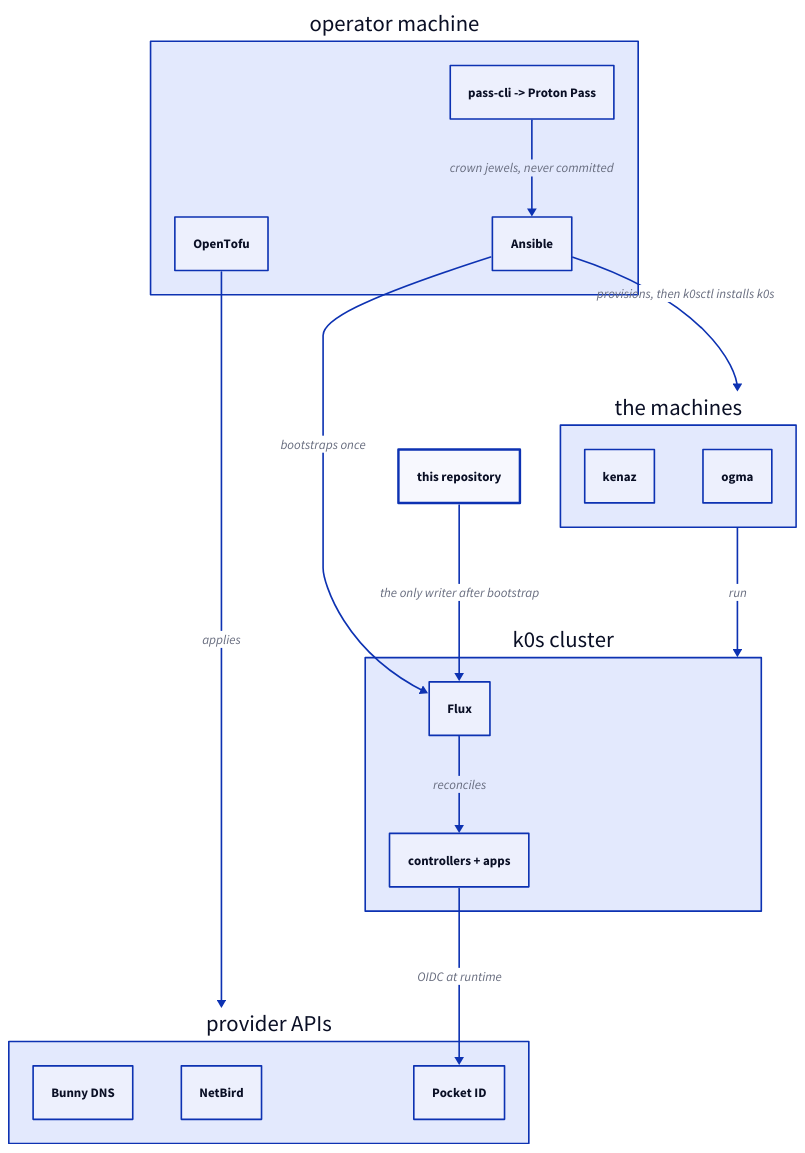
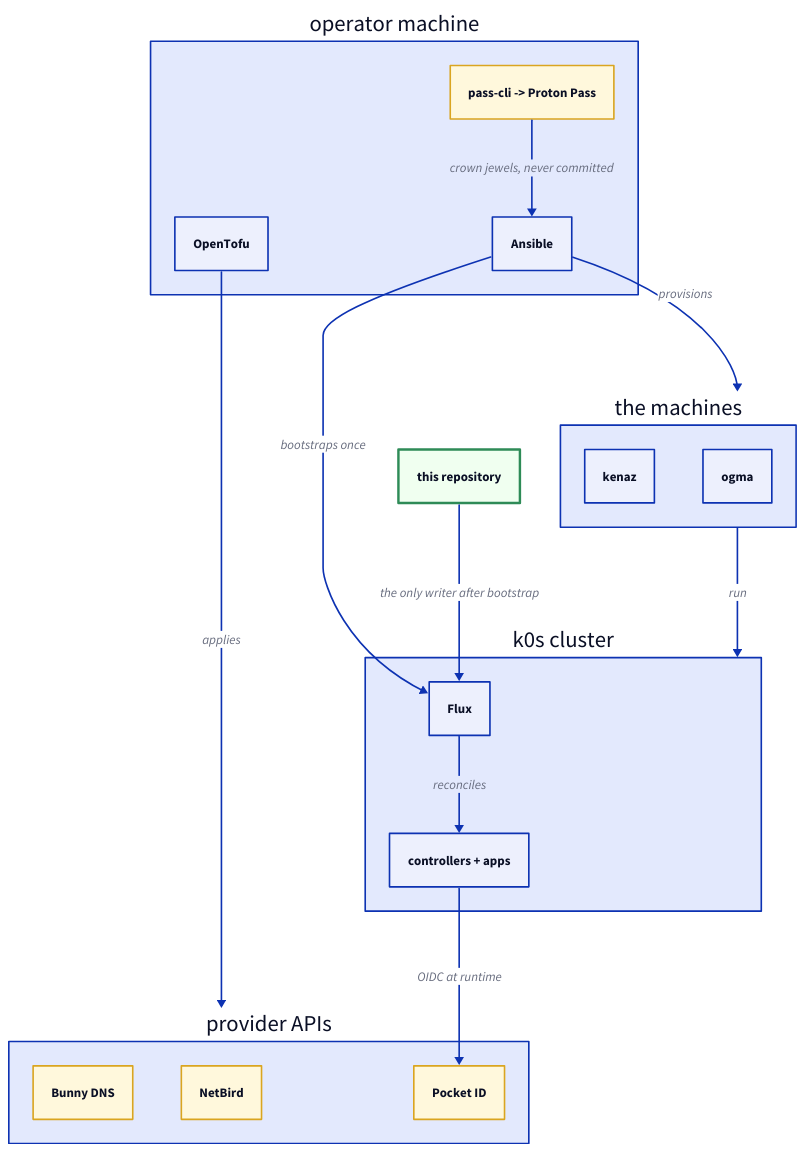
One commit to brewcoua/futhark changed the diagram in docs/src/index.md. Above: the diagram before and after it, drawn with D2. The commit also changed other lines of this file and 9 other files, not shown here.

First line of the commit message:
docs: give every diagram a named role palette

````diff
--- a/docs/src/index.md
+++ b/docs/src/index.md
@@ -19,37 +20,53 @@
 ```d2
 direction: down
+
+classes: {
+  boundary: {
+    style: {
+      stroke-width: 3
+      stroke: seagreen
+      fill: honeydew
+    }
+  }
+  external: {
+    style: {
+      stroke: goldenrod
+      fill: cornsilk
+    }
+  }
+}
 
 operator: operator machine {
   ansible: Ansible
   tofu: OpenTofu
-  pass: pass-cli -> Proton Pass
+  pass: pass-cli -> Proton Pass { class: external }
 }
 
 hosts: the machines {
   kenaz
   ogma
 }
 
 cluster: k0s cluster {
   flux: Flux
   workloads: controllers + apps
   flux -> workloads: reconciles
 }
 
-git: this repository { style.stroke-width: 3 }
+git: this repository { class: boundary }
 
 cloud: provider APIs {
-  bunny: Bunny DNS
-  netbird: NetBird
-  pocketid: Pocket ID
+  bunny: Bunny DNS { class: external }
+  netbird: NetBird { class: external }
+  pocketid: Pocket ID { class: external }
 }
 
-operator.ansible -> hosts: provisions, then k0sctl installs k0s
+operator.ansible -> hosts: provisions
 operator.ansible -> cluster.flux: bootstraps once
 operator.tofu -> cloud: applies
 operator.pass -> operator.ansible: crown jewels, never committed
 
 git -> cluster.flux: the only writer after bootstrap
 hosts -> cluster: run
 cluster.workloads -> cloud.pocketid: OIDC at runtime
 ```
````
